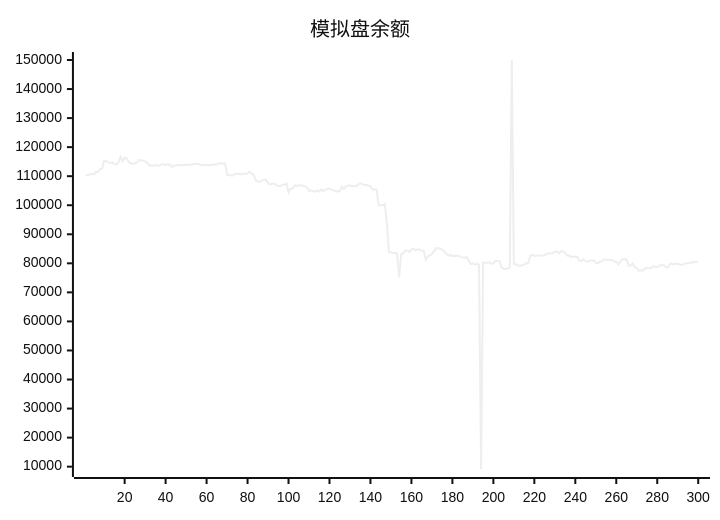
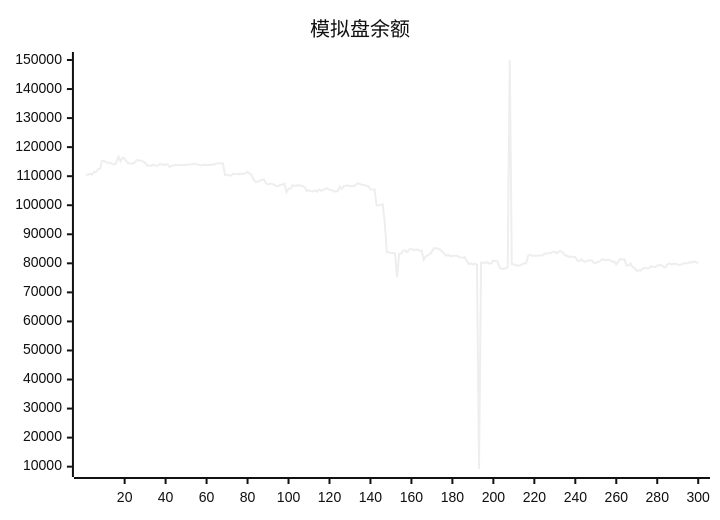
One commit to aahl/ai-trading changed the diagram in README.md. Above: the diagram before and after it, drawn with Mermaid (neutral theme). The commit also changed other lines of this file and 1 other file, not shown here.

````diff
--- a/README.md
+++ b/README.md
@@ -5,5 +5,5 @@
 ```mermaid
 xychart
     title "模拟盘余额"
-    line [110342,110488,110488,110814,110531,111421,111421,112518,112522,115341,115266,114830,114584,114588,114231,113973,114726,116697,115160,116423,116083,114950,114365,114365,114388,114730,115582,115358,115358,115032,114686,113688,113688,113610,113930,113672,113585,114083,114074,113840,113996,114051,113208,113593,113701,113901,113794,113784,113810,113848,113927,113929,114064,114232,114293,114144,113960,113698,113853,113942,113812,113908,113877,114091,113998,114427,114422,114384,114384,110477,110576,110198,110198,110890,110712,110812,110569,110929,110847,110968,111478,110870,110433,108661,108116,108115,108485,108797,108877,107536,107134,107393,107393,107046,106565,106565,107081,107081,107478,104404,105715,105749,106866,106651,106889,106771,106816,106565,106141,104876,105103,104796,104734,105169,104690,105380,104941,105272,105709,105739,105374,105227,104691,104924,104762,106364,105628,106608,106748,106872,106485,106721,106468,107132,107620,107224,107080,107001,106717,106567,105431,105431,105440,99950,100017,100113,100337,93749,83795,83807,83567,83567,83342,75168,83222,83336,84448,84449,83896,84839,85065,84499,84757,84757,84364,84347,81254,82385,82835,83184,84099,85150,85150,85002,84751,84096,83356,82582,82983,82404,82572,82512,82688,82200,82047,81920,82125,80840,79688,80060,79552,79920,79470,9193,80236,80208,80170,80336,79894,80006,80954,80837,80712,78561,78139,78037,78293,78682,150000,79720,79720,79214,79372,79279,79591,80046,79993,82625,82950,82626,82571,82633,82670,82670,82681,83386,83378,83464,83579,83920,84037,83402,84160,84142,83652,82655,82655,82145,82315,82243,82163,80934,80770,81371,80742,80468,80989,80989,81067,80191,80155,80450,80737,81309,81309,81106,81119,81119,80471,80631,79624,80670,81448,81290,81429,79212,79222,79940,78643,78380,77432,77623,77504,78235,78358,78284,78277,79048,78714,78714,79290,79308,79567,78763,78563,79603,79988,79652,79813,79813,79476,79469,79673,79995,80015,80015,80486,80314,80600,80436]
+    line [110488,110488,110814,110531,111421,111421,112518,112522,115341,115266,114830,114584,114588,114231,113973,114726,116697,115160,116423,116083,114950,114365,114365,114388,114730,115582,115358,115358,115032,114686,113688,113688,113610,113930,113672,113585,114083,114074,113840,113996,114051,113208,113593,113701,113901,113794,113784,113810,113848,113927,113929,114064,114232,114293,114144,113960,113698,113853,113942,113812,113908,113877,114091,113998,114427,114422,114384,114384,110477,110576,110198,110198,110890,110712,110812,110569,110929,110847,110968,111478,110870,110433,108661,108116,108115,108485,108797,108877,107536,107134,107393,107393,107046,106565,106565,107081,107081,107478,104404,105715,105749,106866,106651,106889,106771,106816,106565,106141,104876,105103,104796,104734,105169,104690,105380,104941,105272,105709,105739,105374,105227,104691,104924,104762,106364,105628,106608,106748,106872,106485,106721,106468,107132,107620,107224,107080,107001,106717,106567,105431,105431,105440,99950,100017,100113,100337,93749,83795,83807,83567,83567,83342,75168,83222,83336,84448,84449,83896,84839,85065,84499,84757,84757,84364,84347,81254,82385,82835,83184,84099,85150,85150,85002,84751,84096,83356,82582,82983,82404,82572,82512,82688,82200,82047,81920,82125,80840,79688,80060,79552,79920,79470,9193,80236,80208,80170,80336,79894,80006,80954,80837,80712,78561,78139,78037,78293,78682,150000,79720,79720,79214,79372,79279,79591,80046,79993,82625,82950,82626,82571,82633,82670,82670,82681,83386,83378,83464,83579,83920,84037,83402,84160,84142,83652,82655,82655,82145,82315,82243,82163,80934,80770,81371,80742,80468,80989,80989,81067,80191,80155,80450,80737,81309,81309,81106,81119,81119,80471,80631,79624,80670,81448,81290,81429,79212,79222,79940,78643,78380,77432,77623,77504,78235,78358,78284,78277,79048,78714,78714,79290,79308,79567,78763,78563,79603,79988,79652,79813,79813,79476,79469,79673,79995,80015,80015,80486,80314,80600,80436,79966]
 ```
````
